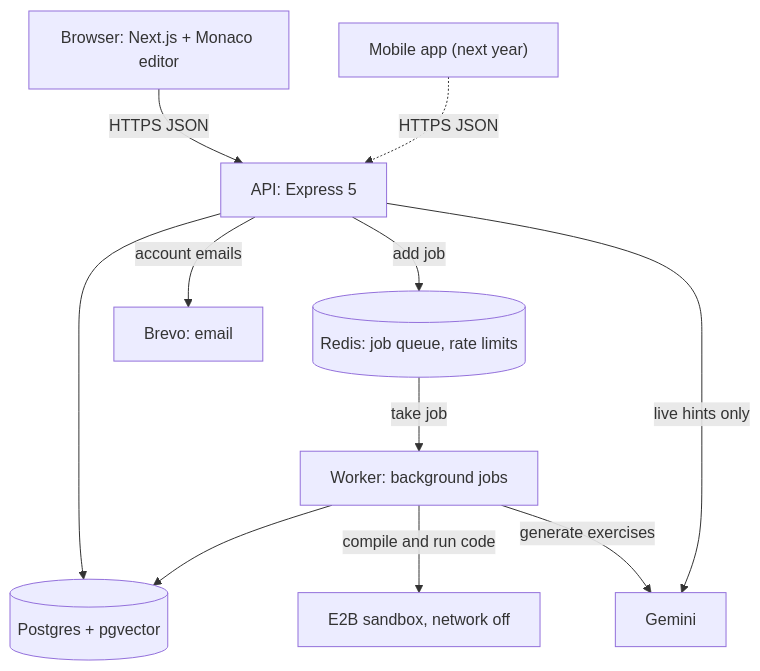
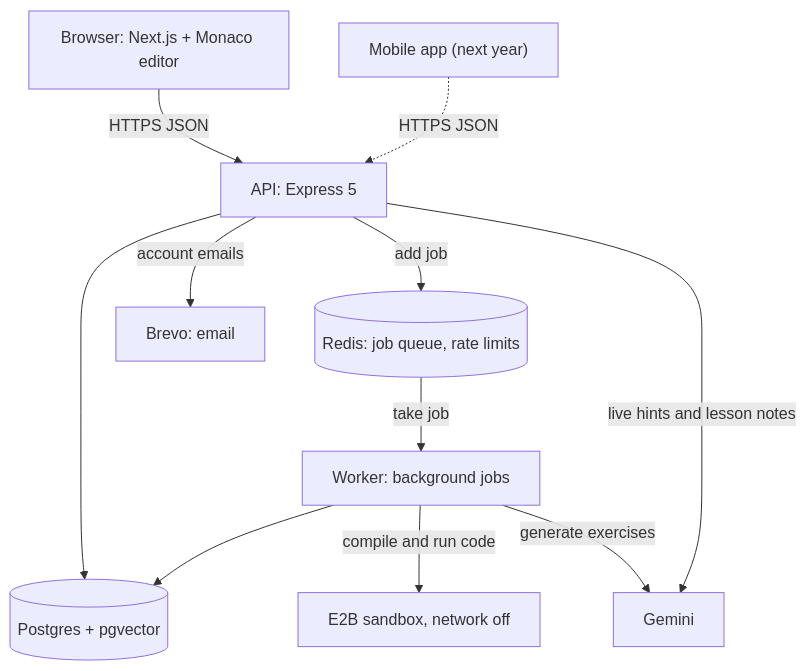
The second of 27 diagrams in DOCS/phase-3/MP3-Draft-Report.md (Nidanos/ai-tutor-platform), drawn with Mermaid before and after one commit. The commit also changed other lines of this file and 1 other file, not shown here.

````diff
--- a/DOCS/phase-3/MP3-Draft-Report.md
+++ b/DOCS/phase-3/MP3-Draft-Report.md
@@ -399,22 +419,22 @@
 ```mermaid
 flowchart TB
   B["Browser: Next.js + Monaco editor"]
   MOB["Mobile app (next year)"]
   API["API: Express 5"]
   PG[("Postgres + pgvector")]
   RD[("Redis: job queue, rate limits")]
   WK["Worker: background jobs"]
   E2B["E2B sandbox, network off"]
   GEM["Gemini"]
   EM["Brevo: email"]
   B -->|HTTPS JSON| API
   MOB -.->|HTTPS JSON| API
   API --> PG
   API -->|add job| RD
   RD -->|take job| WK
   WK --> PG
   WK -->|compile and run code| E2B
   WK -->|generate exercises| GEM
-  API -->|live hints only| GEM
+  API -->|live hints and lesson notes| GEM
   API -->|account emails| EM
 ```
````
